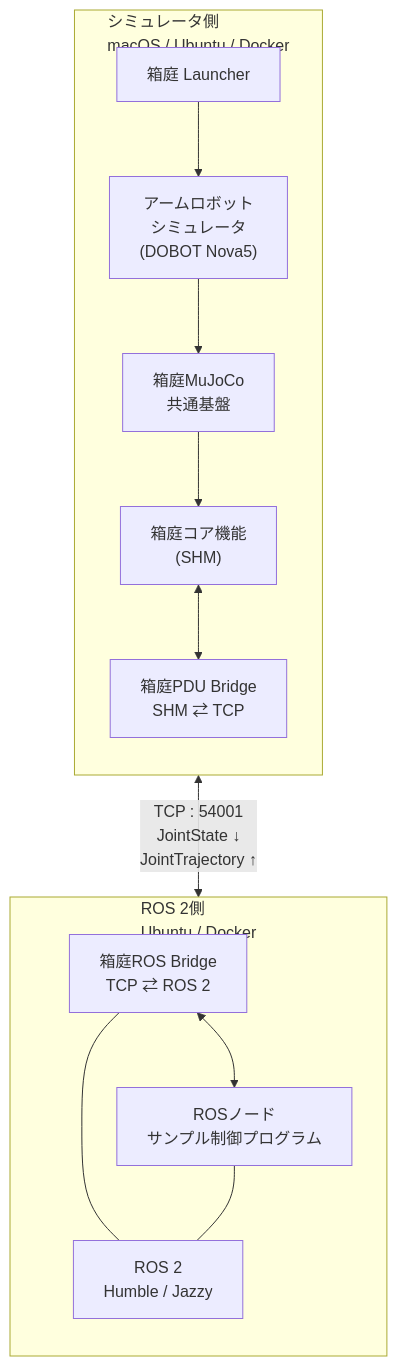
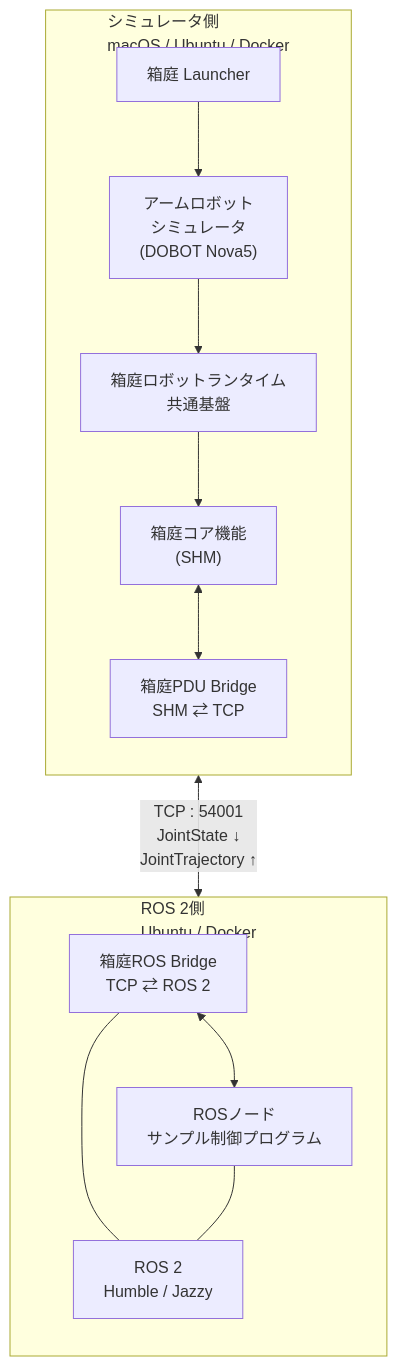
Before and after one commit to teras-project/hakoniwa-robot-arm: the diagram in README.md, drawn with Mermaid.

Commit message:
refactored the diagram

````diff
--- a/README.md
+++ b/README.md
@@ -25,32 +25,32 @@
 ```mermaid
 flowchart TB
 
   subgraph SIM["シミュレータ側<br/>macOS / Ubuntu / Docker"]
     direction TB
 
     Launcher["箱庭 Launcher"]
     Sim["アームロボット<br/>シミュレータ<br/>(DOBOT Nova5)"]
-    Mujoco["箱庭MuJoCo<br/>共通基盤"]
+    Mujoco["箱庭ロボットランタイム<br/>共通基盤"]
     Core["箱庭コア機能<br/>(SHM)"]
     PduBridge["箱庭PDU Bridge<br/>SHM ⇄ TCP"]
 
     Launcher --> Sim
     Sim --> Mujoco
     Mujoco --> Core
     Core <--> PduBridge
   end
 
   PduBridge <-->|"TCP : 54001<br/>JointState ↓<br/>JointTrajectory ↑"| RosBridge
 
   subgraph ROS["ROS 2側<br/>Ubuntu / Docker"]
     direction TB
 
     RosBridge["箱庭ROS Bridge<br/>TCP ⇄ ROS 2"]
     RosNode["ROSノード<br/>サンプル制御プログラム"]
     Ros2["ROS 2<br/>Humble / Jazzy"]
 
     RosBridge <--> RosNode
     RosBridge --- Ros2
     RosNode --- Ros2
   end
 ```
````
